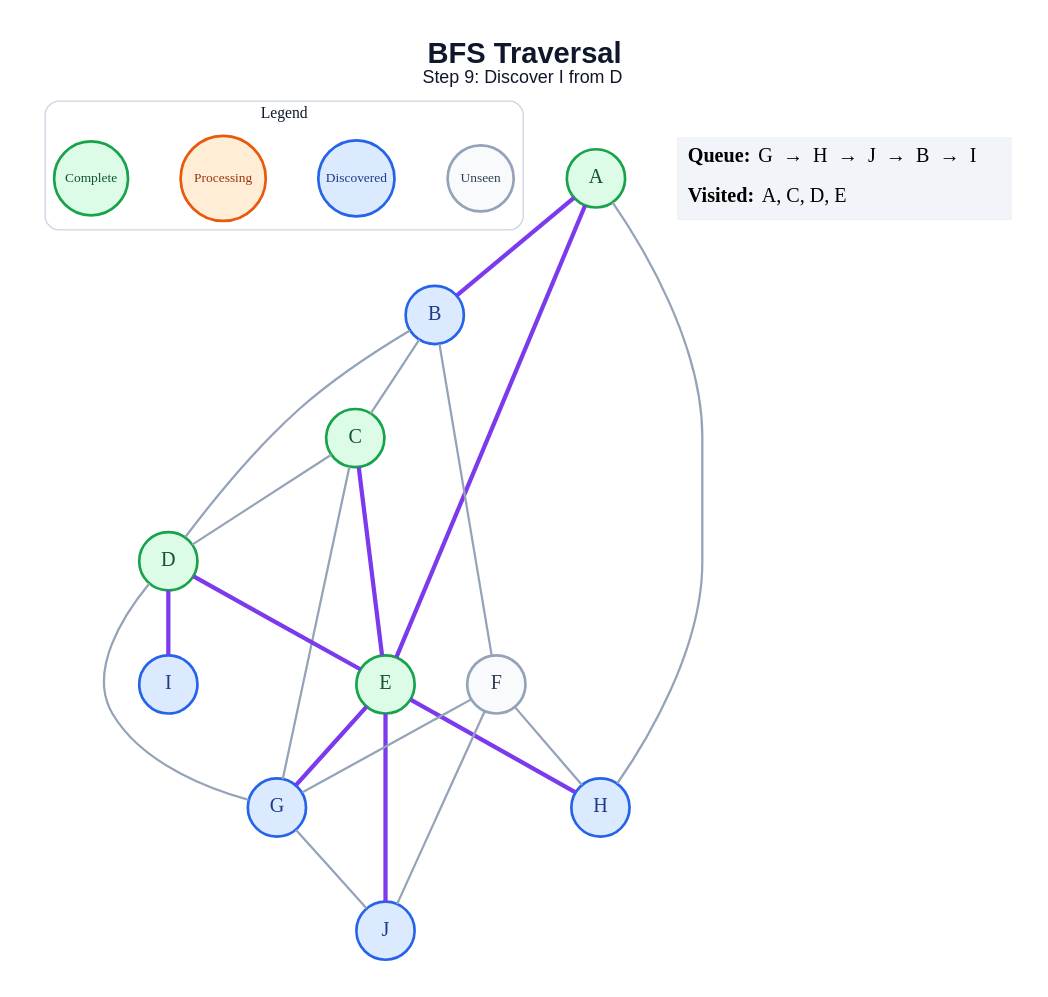
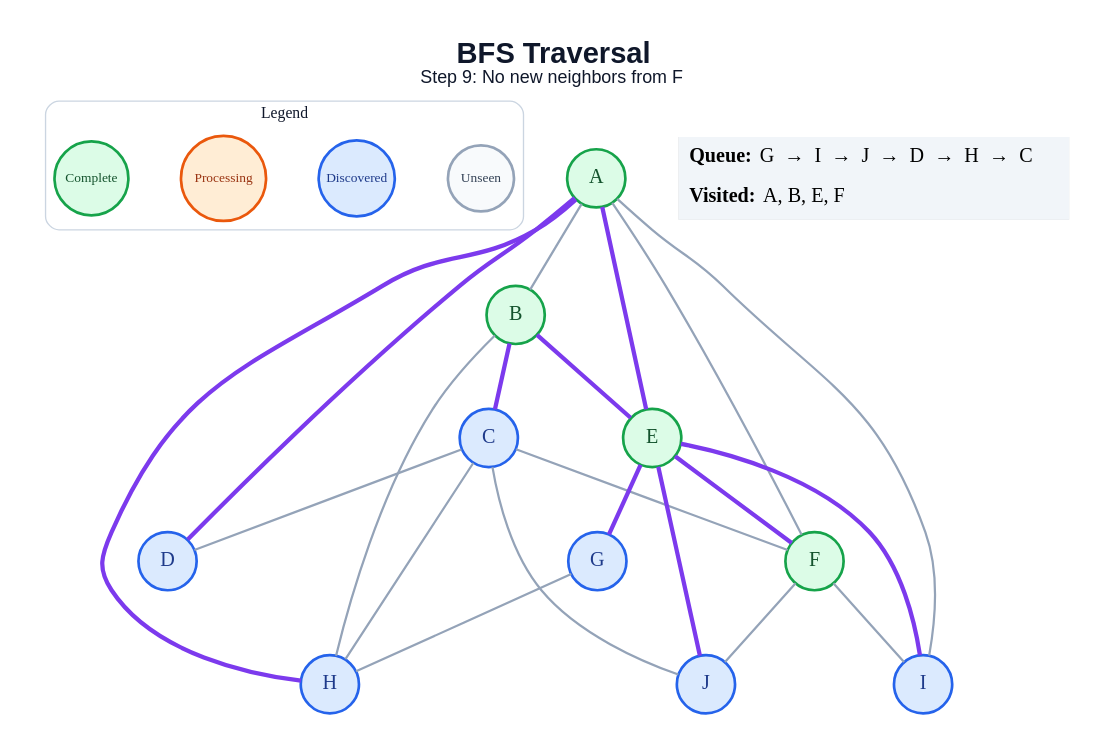
Before and after one commit to amanghodawala9/ai-slop: the diagram in generated/specific-node/bfs/step_09.dot, drawn with Graphviz. The commit also changed 178 other files, not shown here.

```diff
--- a/generated/specific-node/bfs/step_09.dot
+++ b/generated/specific-node/bfs/step_09.dot
@@ -1,48 +1,49 @@
 graph traversal {
   graph [layout=dot, rankdir=TB, bgcolor="#FFFFFF", pad="0.35", nodesep="0.65", ranksep="0.8", fontname="Arial"];
   node [shape=circle, style="filled", fontname="Arial Bold", fontsize=18, width=0.72, fixedsize=true, penwidth=2.4];
   edge [color="#94A3B8", penwidth=2.0];
-  label=<<B>BFS Traversal</B><BR/><FONT POINT-SIZE="16">Step 9: Discover I from D</FONT>>; labelloc="t"; fontsize=26; fontname="Arial"; fontcolor="#0F172A";
+  label=<<B>BFS Traversal</B><BR/><FONT POINT-SIZE="16">Step 9: No new neighbors from F</FONT>>; labelloc="t"; fontsize=26; fontname="Arial"; fontcolor="#0F172A";
   subgraph cluster_legend { label="Legend"; color="#CBD5E1"; penwidth=1.2; style="rounded"; fontsize=14; fontname="Arial Bold";
     key_unseen [label="Unseen", fillcolor="#F8FAFC", color="#94A3B8", fontcolor="#334155", fontsize=12, width=0.82];
     key_frontier [label="Discovered", fillcolor="#DBEAFE", color="#2563EB", fontcolor="#1E3A8A", fontsize=12, width=0.95];
     key_current [label="Processing", fillcolor="#FFEDD5", color="#EA580C", fontcolor="#9A3412", fontsize=12, width=1.05];
     key_done [label="Complete", fillcolor="#DCFCE7", color="#16A34A", fontcolor="#14532D", fontsize=12, width=0.92];
     { rank=same; key_unseen; key_frontier; key_current; key_done; }
   }
   A [fillcolor="#DCFCE7", color="#16A34A", fontcolor="#14532D"];
-  B [fillcolor="#DBEAFE", color="#2563EB", fontcolor="#1E3A8A"];
-  C [fillcolor="#DCFCE7", color="#16A34A", fontcolor="#14532D"];
-  D [fillcolor="#DCFCE7", color="#16A34A", fontcolor="#14532D"];
+  B [fillcolor="#DCFCE7", color="#16A34A", fontcolor="#14532D"];
+  C [fillcolor="#DBEAFE", color="#2563EB", fontcolor="#1E3A8A"];
+  D [fillcolor="#DBEAFE", color="#2563EB", fontcolor="#1E3A8A"];
   E [fillcolor="#DCFCE7", color="#16A34A", fontcolor="#14532D"];
-  F [fillcolor="#F8FAFC", color="#94A3B8", fontcolor="#334155"];
+  F [fillcolor="#DCFCE7", color="#16A34A", fontcolor="#14532D"];
   G [fillcolor="#DBEAFE", color="#2563EB", fontcolor="#1E3A8A"];
   H [fillcolor="#DBEAFE", color="#2563EB", fontcolor="#1E3A8A"];
   I [fillcolor="#DBEAFE", color="#2563EB", fontcolor="#1E3A8A"];
   J [fillcolor="#DBEAFE", color="#2563EB", fontcolor="#1E3A8A"];
-  A -- B [color="#7C3AED", penwidth=3.8];
+  A -- B;
+  A -- D [color="#7C3AED", penwidth=3.8];
   A -- E [color="#7C3AED", penwidth=3.8];
-  A -- H;
-  B -- C;
-  B -- D;
-  B -- F;
+  A -- F;
+  A -- H [color="#7C3AED", penwidth=3.8];
+  A -- I;
+  B -- C [color="#7C3AED", penwidth=3.8];
+  B -- E [color="#7C3AED", penwidth=3.8];
+  B -- H;
   C -- D;
-  C -- E [color="#7C3AED", penwidth=3.8];
-  C -- G;
-  D -- E [color="#7C3AED", penwidth=3.8];
-  D -- G;
-  D -- I [color="#7C3AED", penwidth=3.8];
+  C -- F;
+  C -- H;
+  C -- J;
+  E -- F [color="#7C3AED", penwidth=3.8];
   E -- G [color="#7C3AED", penwidth=3.8];
-  E -- H [color="#7C3AED", penwidth=3.8];
+  E -- I [color="#7C3AED", penwidth=3.8];
   E -- J [color="#7C3AED", penwidth=3.8];
-  F -- G;
-  F -- H;
+  F -- I;
   F -- J;
-  G -- J;
+  G -- H;
   status [shape=plain, fixedsize=false, width=0, height=0, margin=0, label=<
     <TABLE BORDER="0" CELLBORDER="0" CELLPADDING="7" BGCOLOR="#F1F5F9">
-      <TR><TD ALIGN="LEFT"><B>Queue:</B> G  →  H  →  J  →  B  →  I</TD></TR>
-      <TR><TD ALIGN="LEFT"><B>Visited:</B> A, C, D, E</TD></TR>
+      <TR><TD ALIGN="LEFT"><B>Queue:</B> G  →  I  →  J  →  D  →  H  →  C</TD></TR>
+      <TR><TD ALIGN="LEFT"><B>Visited:</B> A, B, E, F</TD></TR>
     </TABLE>
   >];
 }
```
